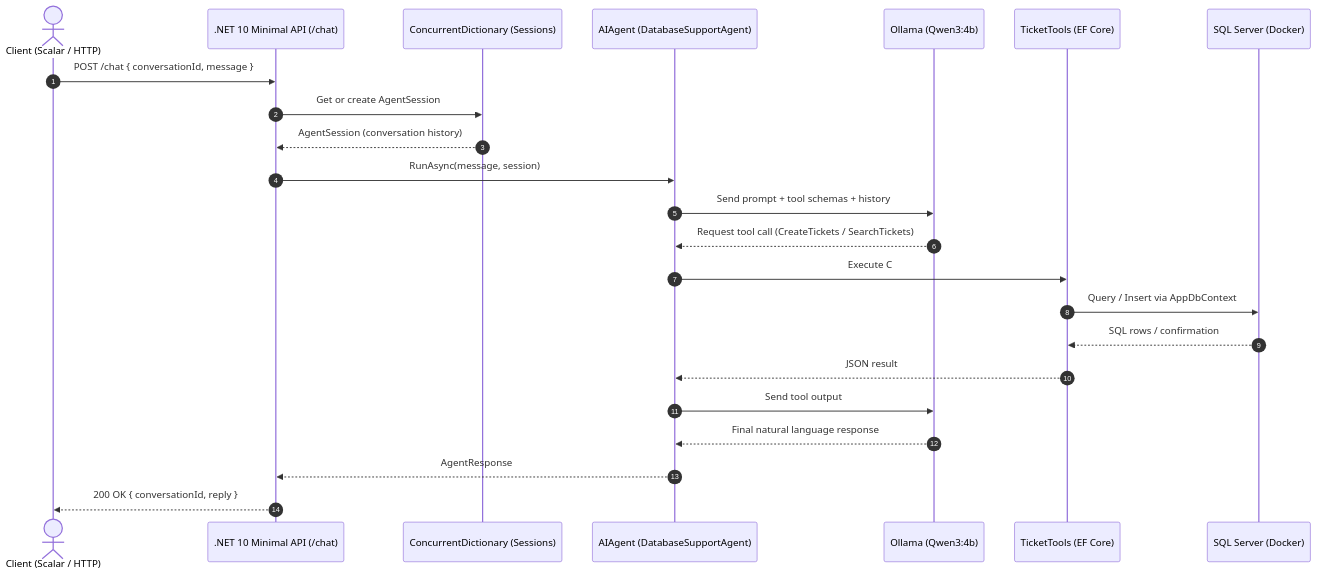
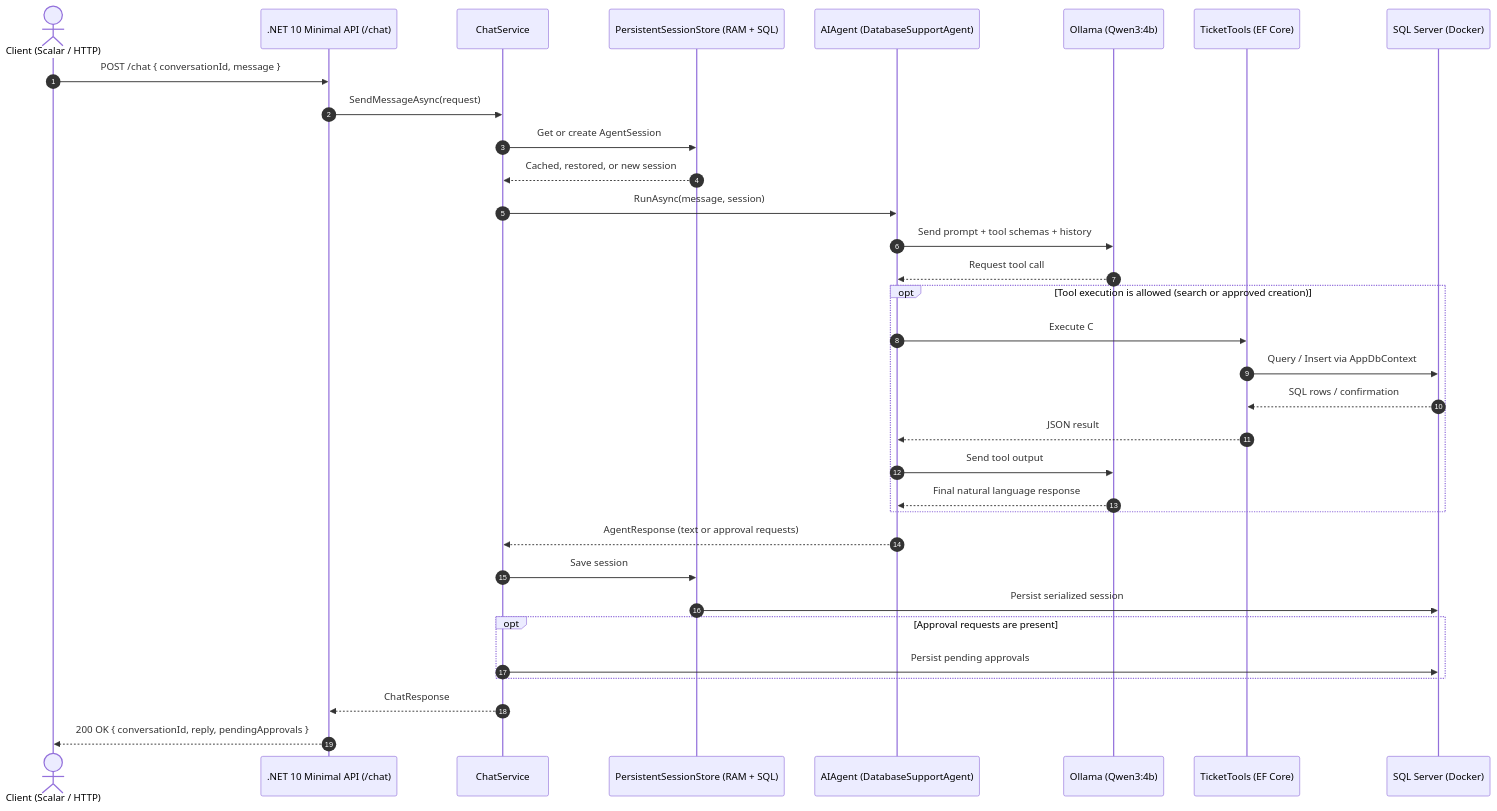
The diagram in 02-Radar-Agent-Api/README.md (Guglielmo-dev/ai-agents-learning), drawn with Mermaid before and after one commit. The commit also changed other lines of this file and 16 other files, not shown here.

````diff
--- a/02-Radar-Agent-Api/README.md
+++ b/02-Radar-Agent-Api/README.md
@@ -9,26 +9,36 @@
 ```mermaid
 sequenceDiagram
     autonumber
     actor Client as Client (Scalar / HTTP)
     participant API as .NET 10 Minimal API (/chat)
-    participant Memory as ConcurrentDictionary (Sessions)
+    participant Chat as ChatService
+    participant Store as PersistentSessionStore (RAM + SQL)
     participant Agent as AIAgent (DatabaseSupportAgent)
     participant LLM as Ollama (Qwen3:4b)
     participant Tools as TicketTools (EF Core)
     participant DB as SQL Server (Docker)
 
     Client->>API: POST /chat { conversationId, message }
-    API->>Memory: Get or create AgentSession
-    Memory-->>API: AgentSession (conversation history)
-    API->>Agent: RunAsync(message, session)
+    API->>Chat: SendMessageAsync(request)
+    Chat->>Store: Get or create AgentSession
+    Store-->>Chat: Cached, restored, or new session
+    Chat->>Agent: RunAsync(message, session)
     Agent->>LLM: Send prompt + tool schemas + history
-    LLM-->>Agent: Request tool call (CreateTickets / SearchTickets)
+    LLM-->>Agent: Request tool call
+    opt Tool execution is allowed (search or approved creation)
     Agent->>Tools: Execute C# method
     Tools->>DB: Query / Insert via AppDbContext
     DB-->>Tools: SQL rows / confirmation
     Tools-->>Agent: JSON result
     Agent->>LLM: Send tool output
     LLM-->>Agent: Final natural language response
-    Agent-->>API: AgentResponse
-    API-->>Client: 200 OK { conversationId, reply }
+    end
+    Agent-->>Chat: AgentResponse (text or approval requests)
+    Chat->>Store: Save session
+    Store->>DB: Persist serialized session
+    opt Approval requests are present
+    Chat->>DB: Persist pending approvals
+    end
+    Chat-->>API: ChatResponse
+    API-->>Client: 200 OK { conversationId, reply, pendingApprovals }
 ```
````
